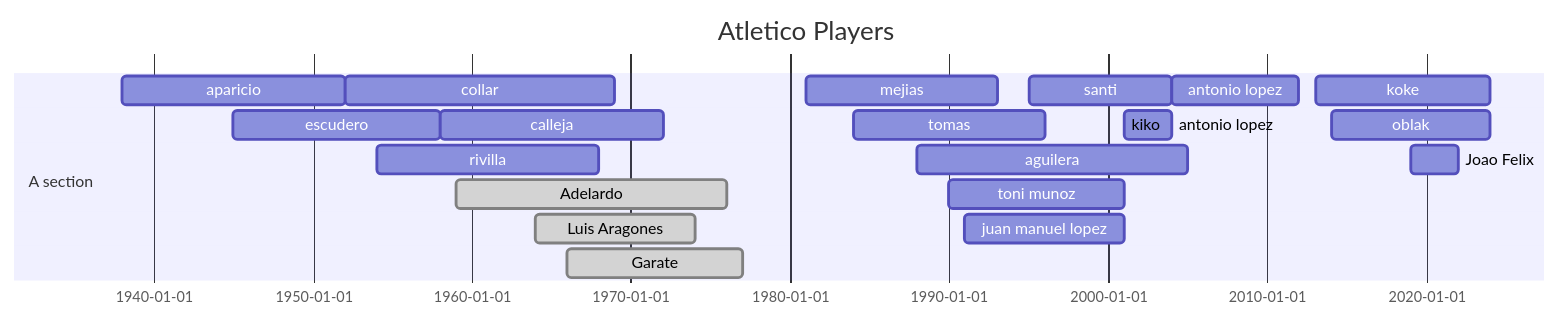
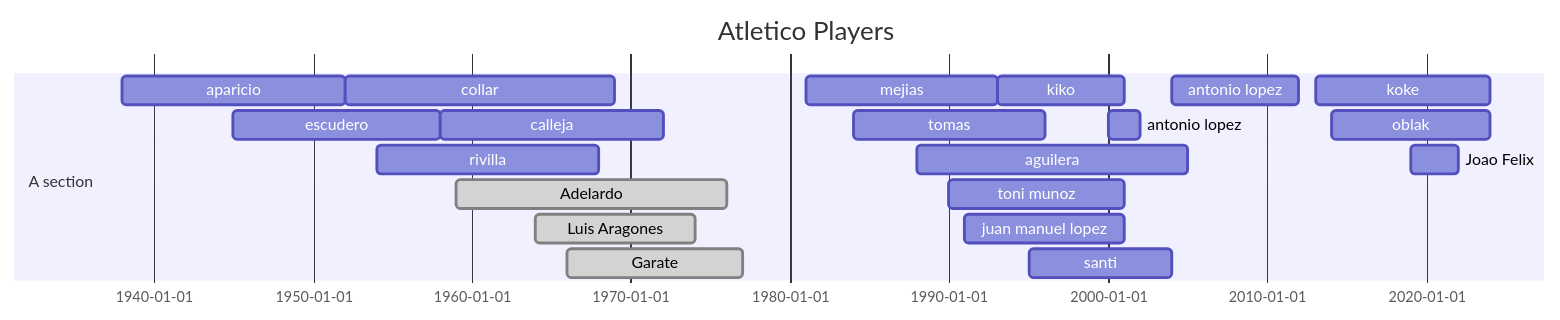
The fifth of 9 diagrams in README.md (sarnobat/mermaid), drawn with Mermaid before and after one commit.

Commit message:
Fix date ranges for kiko and antonio lopez
Corrected date ranges for kiko and antonio lopez.

````diff
--- a/README.md
+++ b/README.md
@@ -222,31 +222,31 @@
 ```mermaid
 ---
 displayMode: compact
 ---
 
 gantt
 dateFormat  YYYY
 title Atletico Players
 
 section A section
 aparicio    : 1938,1952
 escudero : 1945,1958
 collar    : 1952,1969
 rivilla    : 1954,1968
 calleja    : 1958,1972
 Adelardo               :done,  1959,1976
 Luis Aragones            :done,    1964,1974
 Garate:done,1966,1977
 tomas    : 1984,1996
 juan manuel lopez: 1991,2001
 toni munoz: 1990,2001
-kiko : 1993-2001
+kiko : 1993,2001
 aguilera : 1988 , 2005
 santi : 1995, 2004
-antonio lopez: 2001, 2004
+antonio lopez: 2000, 2002
 antonio lopez: 2004, 2012
 mejias: 1981,1993
 koke    : 2013,2024
 oblak    : 2014,2024
 Joao Felix               :         2019, 2022
 ```
````
